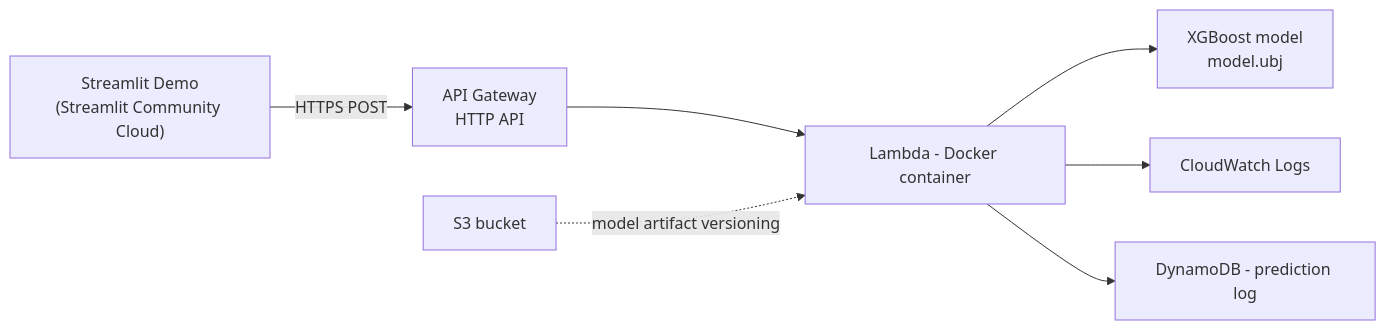
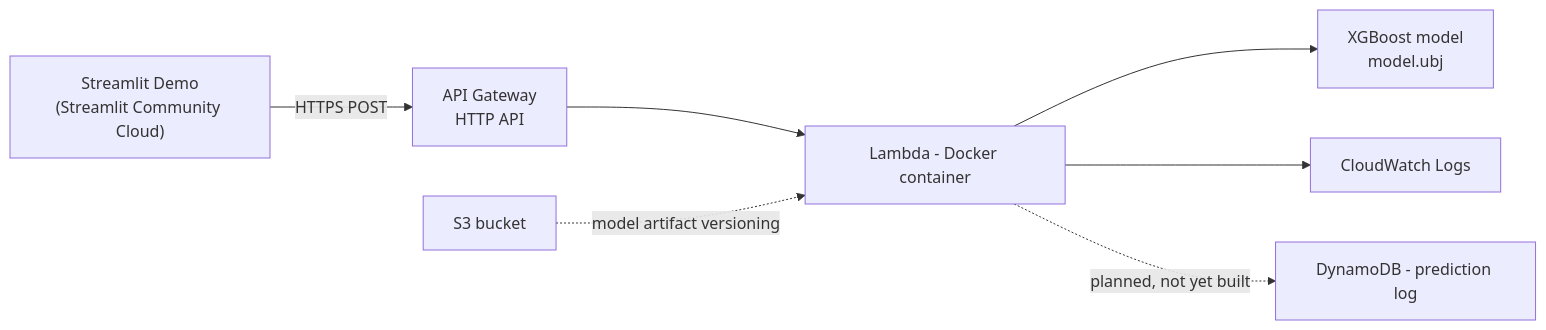
One commit to Abhinav-Tadi/ecommerce-fraud-triage-api changed the diagram in README.md. Above: the diagram before and after it, drawn with Mermaid. The commit also changed other lines of this file, not shown here.

````diff
--- a/README.md
+++ b/README.md
@@ -7,9 +17,9 @@
 ```mermaid
 flowchart LR
     A["Streamlit Demo\n(Streamlit Community Cloud)"] -->|HTTPS POST| B["API Gateway\nHTTP API"]
     B --> C["Lambda - Docker container"]
     C --> D["XGBoost model\nmodel.ubj"]
     C --> E["CloudWatch Logs"]
-    C --> F["DynamoDB - prediction log"]
+    C -.->|planned, not yet built| F["DynamoDB - prediction log"]
     G["S3 bucket"] -.->|model artifact versioning| C
 ```
````
